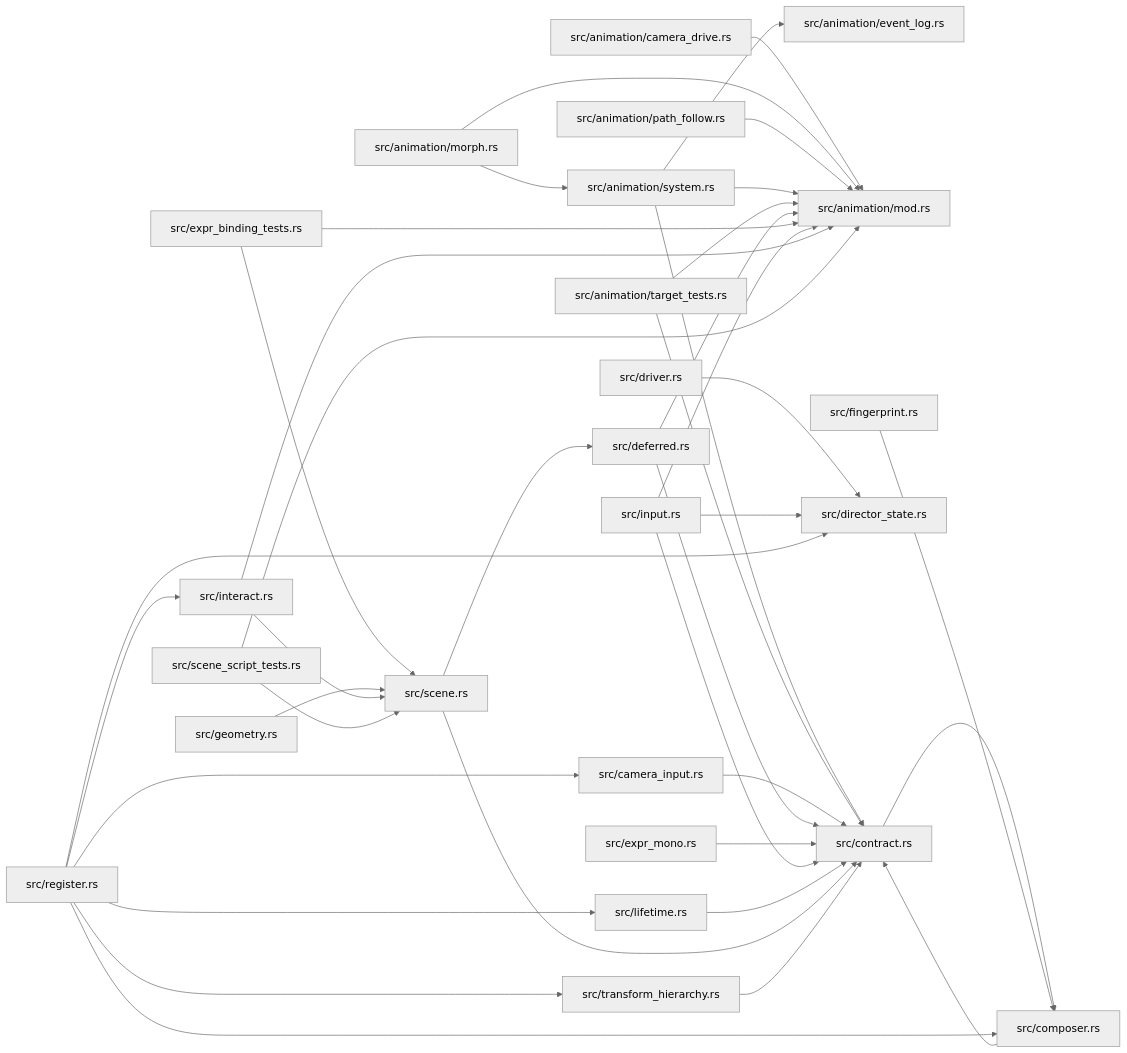
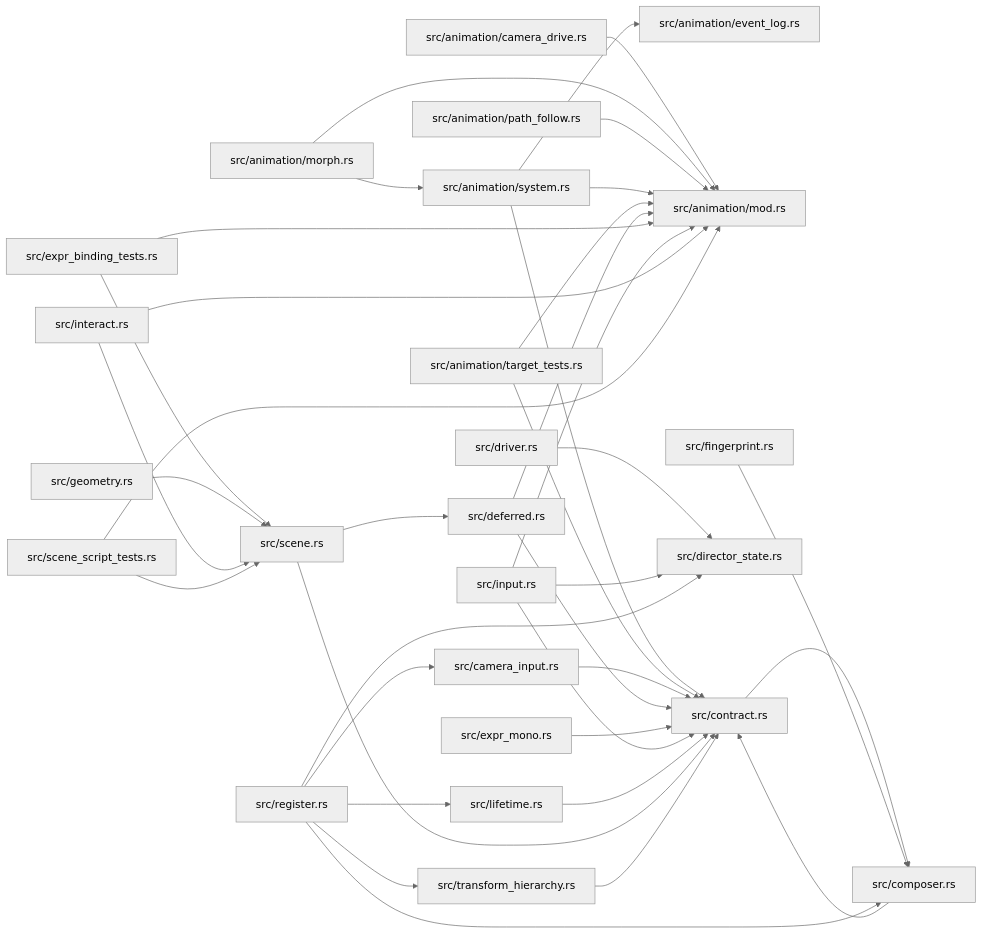
The diagram in docs/modules/zela-scene-ecs.md (xcrtp/zela), drawn with Mermaid (neutral theme) before and after one commit. The commit also changed other lines of this file and 7 other files, not shown here.

````diff
--- a/docs/modules/zela-scene-ecs.md
+++ b/docs/modules/zela-scene-ecs.md
@@ -50,64 +50,63 @@
 ```mermaid
 graph LR
     f0["src/animation/camera_drive.rs"]
     f5["src/animation/event_log.rs"]
     f1["src/animation/mod.rs"]
     f2["src/animation/morph.rs"]
     f4["src/animation/path_follow.rs"]
     f3["src/animation/system.rs"]
     f7["src/animation/target_tests.rs"]
     f8["src/camera_input.rs"]
     f9["src/composer.rs"]
     f6["src/contract.rs"]
     f10["src/deferred.rs"]
     f12["src/director_state.rs"]
     f11["src/driver.rs"]
     f13["src/expr_binding_tests.rs"]
     f15["src/expr_mono.rs"]
     f16["src/fingerprint.rs"]
     f17["src/geometry.rs"]
     f18["src/input.rs"]
     f19["src/interact.rs"]
     f20["src/lifetime.rs"]
     f21["src/register.rs"]
     f14["src/scene.rs"]
     f23["src/scene_script_tests.rs"]
     f22["src/transform_hierarchy.rs"]
     f0 --> f1
     f2 --> f1
     f2 --> f3
     f4 --> f1
     f3 --> f5
     f3 --> f1
     f3 --> f6
     f7 --> f1
     f7 --> f6
     f8 --> f6
     f9 --> f6
     f6 --> f9
     f10 --> f1
     f10 --> f6
     f11 --> f12
     f13 --> f1
     f13 --> f14
     f15 --> f6
     f16 --> f9
     f17 --> f14
     f18 --> f1
     f18 --> f6
     f18 --> f12
     f19 --> f1
     f19 --> f14
     f20 --> f6
     f21 --> f8
     f21 --> f9
     f21 --> f12
-    f21 --> f19
     f21 --> f20
     f21 --> f22
     f14 --> f6
     f14 --> f10
     f23 --> f1
     f23 --> f14
     f22 --> f6
 ```
````
